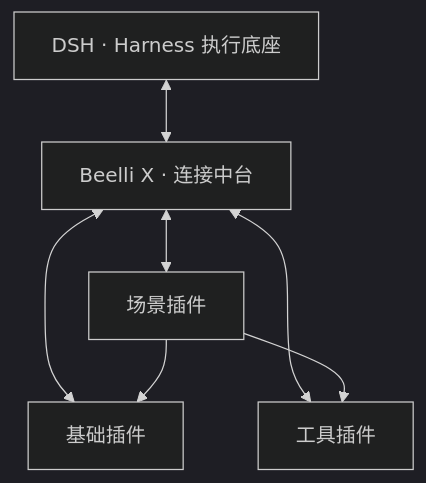
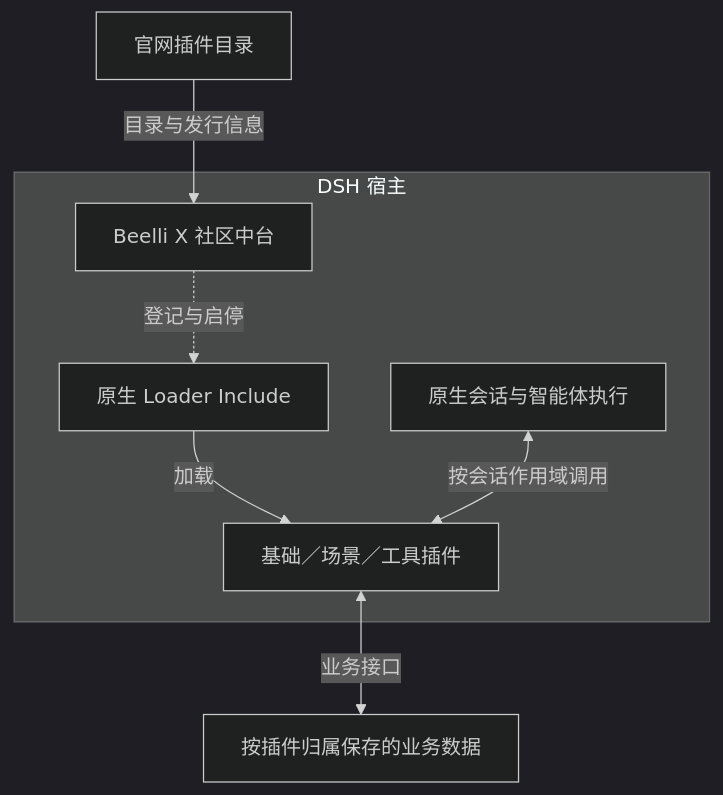
The diagram in README.md (Beellix-dev/dsh-beellix-plugin), drawn with Mermaid (dark theme) before and after one commit. The commit also changed other lines of this file and 2 other files, not shown here.

Commit message:
docs: clarify DSH hosting and plugin management architecture

````diff
--- a/README.md
+++ b/README.md
@@ -25,15 +27,14 @@
 ```mermaid
 flowchart TB
-    H[DSH · Harness 执行底座]
-    P[Beelli X · 连接中台]
-    S[场景插件]
-    F[基础插件]
-    T[工具插件]
-
-    H <--> P
-    P <--> S
-    P <--> F
-    P <--> T
-    S --> F
-    S --> T
+    W[官网插件目录] -->|目录与发行信息| P
+    subgraph DSH[DSH 宿主]
+      P[Beelli X 社区中台]
+      L[原生 Loader Include]
+      E[原生会话与智能体执行]
+      B[基础／场景／工具插件]
+      P -.->|登记与启停| L
+      L -->|加载| B
+      E <-->|按会话作用域调用| B
+    end
+    B <-->|业务接口| D[按插件归属保存的业务数据]
 ```
````
